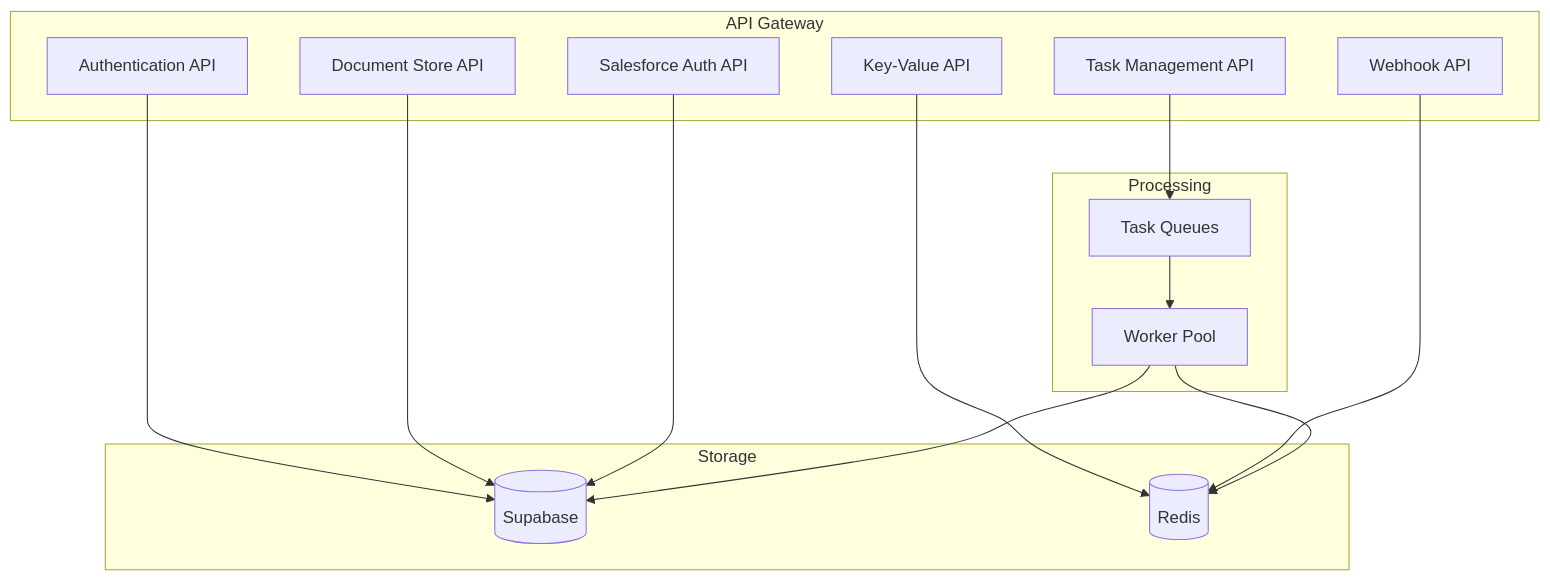
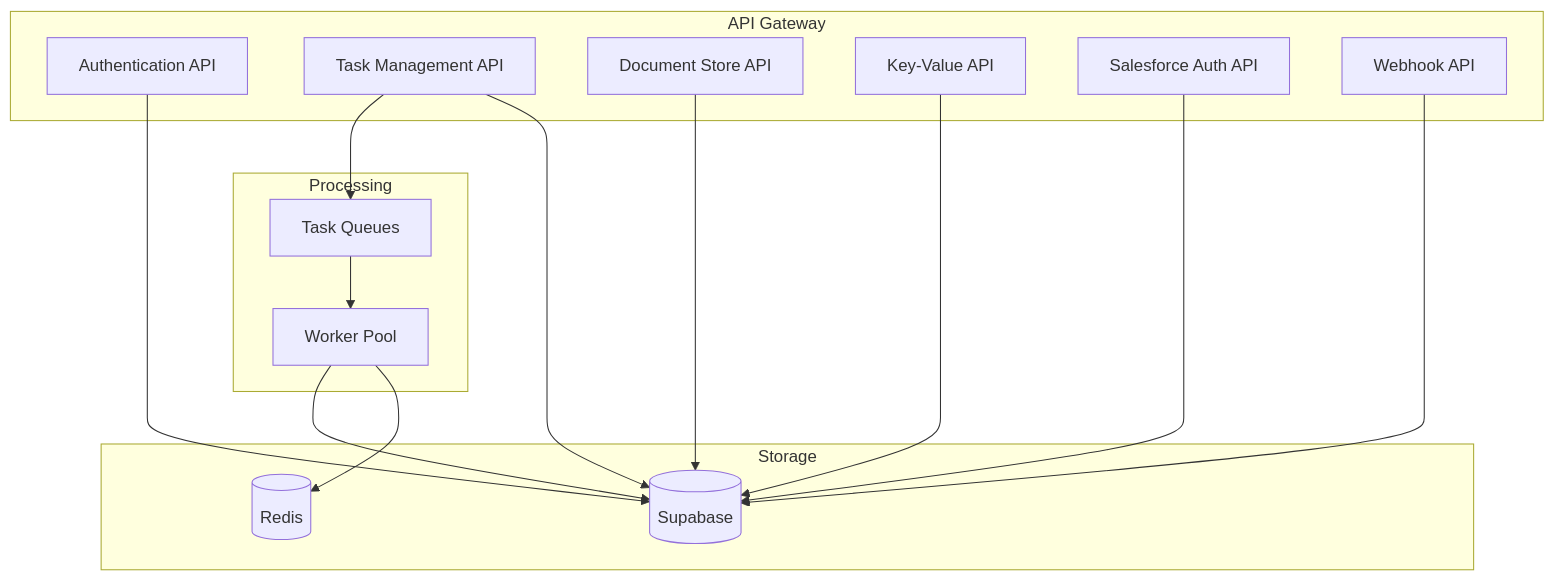
The first of 11 diagrams in running-sfp-as-a-server/sfp-pro-server-architecture-overview.md (flxbl-io/docs-sfp), drawn with Mermaid before and after one commit. The commit also changed other lines of this file, not shown here.

Commit message:
minor changes to diagrams

````diff
--- a/running-sfp-as-a-server/sfp-pro-server-architecture-overview.md
+++ b/running-sfp-as-a-server/sfp-pro-server-architecture-overview.md
@@ -85,32 +85,33 @@
 ```mermaid
 graph TD
     subgraph "API Gateway"
         Auth[Authentication API]
         Task[Task Management API]
         Doc[Document Store API]
         KV[Key-Value API]
         SF[Salesforce Auth API]
         WH[Webhook API]
     end
 
     subgraph "Processing"
         TQ[Task Queues]
         Workers[Worker Pool]
     end
 
     subgraph "Storage"
         Supabase[(Supabase)]
         Redis[(Redis)]
     end
 
     Auth --> Supabase
     Task --> TQ
+    Task --> Supabase
     Doc --> Supabase
-    KV --> Redis
+    KV --> Supabase
     SF --> Supabase
-    WH --> Redis
+    WH --> Supabase
 
     TQ --> Workers
     Workers --> Supabase
     Workers --> Redis
 ```
````
